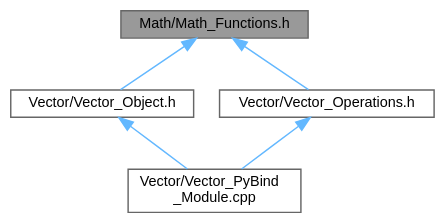
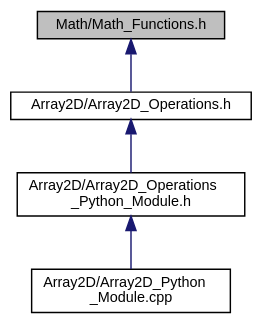
The diagram in docs/PySYCL_doxygen_html/_math___functions_8h__dep__incl.dot (OsmanAEG/PySYCL), drawn with Graphviz before and after one commit. The commit also changed 150 other files, not shown here.

```diff
--- a/docs/PySYCL_doxygen_html/_math___functions_8h__dep__incl.dot
+++ b/docs/PySYCL_doxygen_html/_math___functions_8h__dep__incl.dot
@@ -1,16 +1,15 @@
 digraph "Math/Math_Functions.h"
 {
  // INTERACTIVE_SVG=YES
  // LATEX_PDF_SIZE
   bgcolor="transparent";
-  edge [fontname=Helvetica,fontsize=10,labelfontname=Helvetica,labelfontsize=10];
-  node [fontname=Helvetica,fontsize=10,shape=box,height=0.2,width=0.4];
-  Node1 [id="Node000001",label="Math/Math_Functions.h",height=0.2,width=0.4,color="gray40", fillcolor="grey60", style="filled", fontcolor="black",tooltip="Math functions returned in the form of lambda functions."];
-  Node1 -> Node2 [id="edge1_Node000001_Node000002",dir="back",color="steelblue1",style="solid",tooltip=" "];
-  Node2 [id="Node000002",label="Vector/Vector_Object.h",height=0.2,width=0.4,color="grey40", fillcolor="white", style="filled",URL="$_vector___object_8h.html",tooltip="Vector Object in PySYCL."];
-  Node2 -> Node3 [id="edge2_Node000002_Node000003",dir="back",color="steelblue1",style="solid",tooltip=" "];
-  Node3 [id="Node000003",label="Vector/Vector_PyBind\l_Module.cpp",height=0.2,width=0.4,color="grey40", fillcolor="white", style="filled",URL="$_vector___py_bind___module_8cpp.html",tooltip="Python module for vector in PySYCL."];
-  Node1 -> Node4 [id="edge3_Node000001_Node000004",dir="back",color="steelblue1",style="solid",tooltip=" "];
-  Node4 [id="Node000004",label="Vector/Vector_Operations.h",height=0.2,width=0.4,color="grey40", fillcolor="white", style="filled",URL="$_vector___operations_8h.html",tooltip="Vector operations in PySYCL. These operations receive two individual vectors and return a single vect..."];
-  Node4 -> Node3 [id="edge4_Node000004_Node000003",dir="back",color="steelblue1",style="solid",tooltip=" "];
+  edge [fontname="Helvetica",fontsize="10",labelfontname="Helvetica",labelfontsize="10"];
+  node [fontname="Helvetica",fontsize="10",shape=record];
+  Node1 [label="Math/Math_Functions.h",height=0.2,width=0.4,color="black", fillcolor="grey75", style="filled", fontcolor="black",tooltip="Math functions returned in the form of lambda functions."];
+  Node1 -> Node2 [dir="back",color="midnightblue",fontsize="10",style="solid",fontname="Helvetica"];
+  Node2 [label="Array2D/Array2D_Operations.h",height=0.2,width=0.4,color="black",URL="$_array2_d___operations_8h.html",tooltip="Array2D Operations in PySYCL. This header file contains the many operations that can be performed on ..."];
+  Node2 -> Node3 [dir="back",color="midnightblue",fontsize="10",style="solid",fontname="Helvetica"];
+  Node3 [label="Array2D/Array2D_Operations\l_Python_Module.h",height=0.2,width=0.4,color="black",URL="$_array2_d___operations___python___module_8h.html",tooltip="Python module for array2D operations in PySYCL."];
+  Node3 -> Node4 [dir="back",color="midnightblue",fontsize="10",style="solid",fontname="Helvetica"];
+  Node4 [label="Array2D/Array2D_Python\l_Module.cpp",height=0.2,width=0.4,color="black",URL="$_array2_d___python___module_8cpp.html",tooltip="Python module for array2D in PySYCL."];
 }
```
